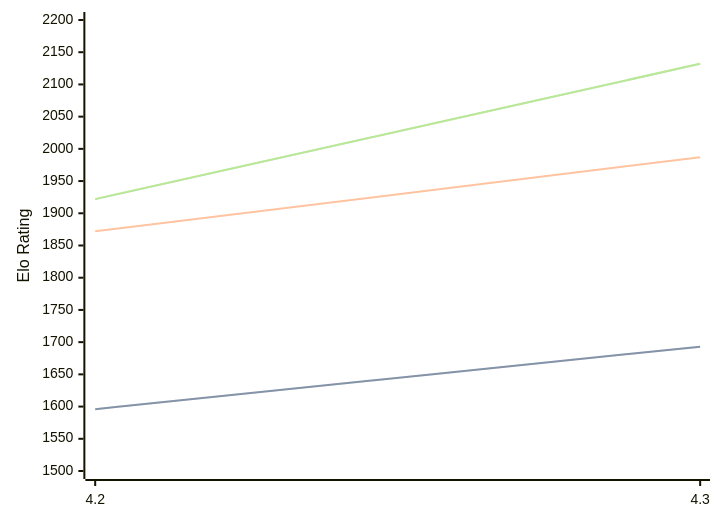
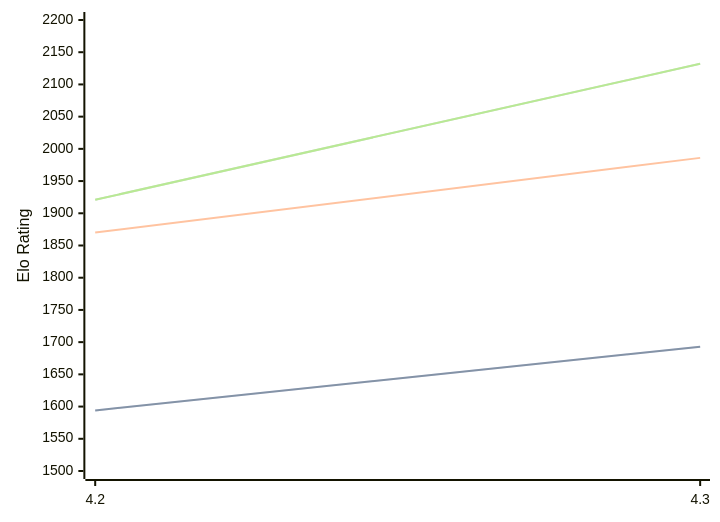
The diagram in engines/Radiance.md (computer-chess-index/cci), drawn with Mermaid before and after one commit. The commit also changed other lines of this file, not shown here.

Commit message:
Update CCI Ratings (ELO VLTC) - 2026-04-16

````diff
--- a/engines/Radiance.md
+++ b/engines/Radiance.md
@@ -35,11 +35,11 @@
 ```mermaid
 %%{init: {"theme":"base","themeVariables":{"seriesColors:['#a3a3a3','#222221','#faa371']}}}%%
 xychart-beta
   x-axis ["4.2", "4.3"]
   y-axis "Elo Rating" 1500 --> 2200
-  line "STC (8.0+0.08s)" [1596, 1693]
-  line "STC (8.0+0.08s)" [1596, 1693]
-  line "LTC (60.0+0.60s)" [1872, 1987]
-  line "VLTC (2m24s+1.12s)" [1922, 2132]
-  line "VLTC (2m24s+1.12s)" [1922, 2132]
+  line "STC (8.0+0.08s)" [1594, 1693]
+  line "STC (8.0+0.08s)" [1594, 1693]
+  line "LTC (60.0+0.60s)" [1870, 1986]
+  line "VLTC (2m24s+1.12s)" [1921, 2132]
+  line "VLTC (2m24s+1.12s)" [1921, 2132]
 ```
````
